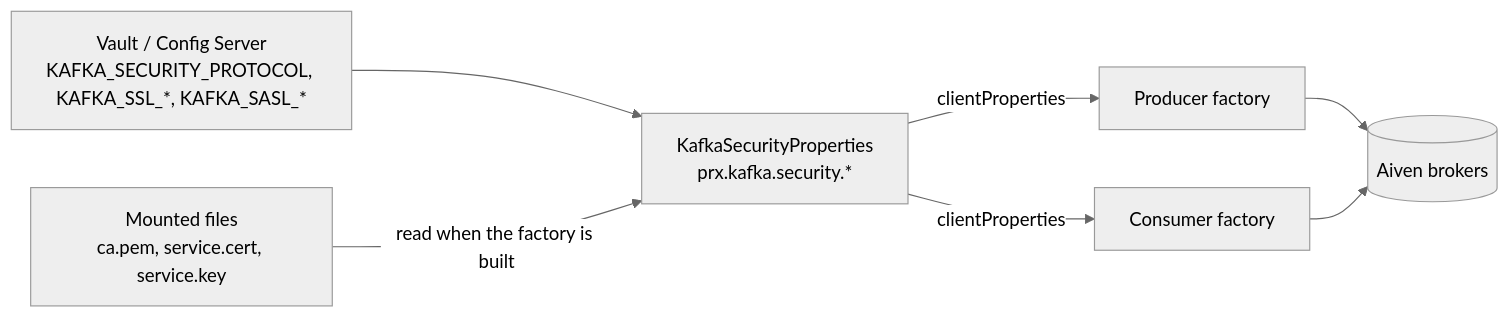
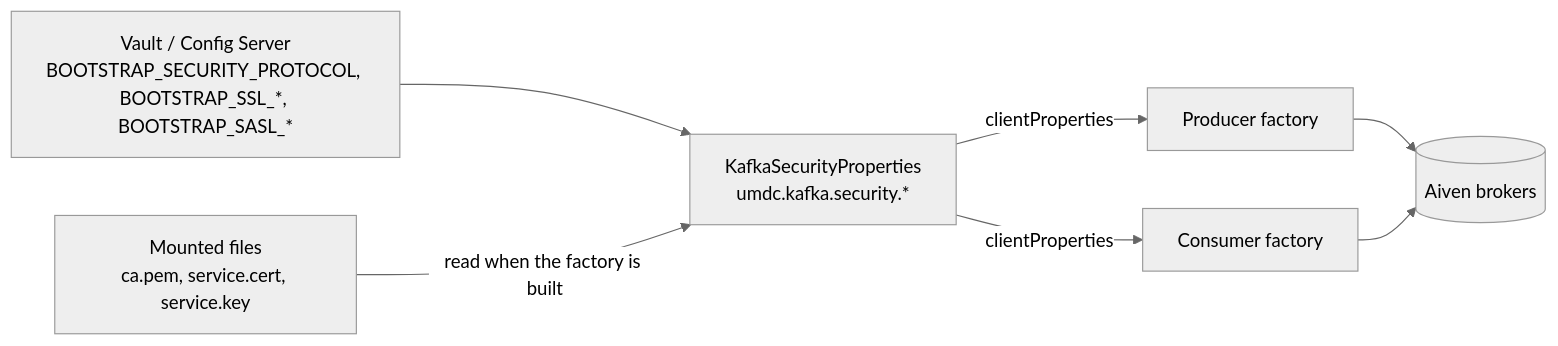
The fifth of 20 diagrams in docs/TECHNICAL_GUIDE.md (um-dev-creative/smartkin-backend), drawn with Mermaid (neutral theme) before and after one commit. The commit also changed other lines of this file and 35 other files, not shown here.

First line of the commit message:
Config: properties move from prx.* to umdc.*; Kafka variables are BOOTSTRAP_*

````diff
--- a/docs/TECHNICAL_GUIDE.md
+++ b/docs/TECHNICAL_GUIDE.md
@@ -227,9 +249,9 @@
 ```mermaid
 flowchart LR
-    V["Vault / Config Server<br/>KAFKA_SECURITY_PROTOCOL, KAFKA_SSL_*, KAFKA_SASL_*"] --> P["KafkaSecurityProperties<br/>prx.kafka.security.*"]
+    V["Vault / Config Server<br/>BOOTSTRAP_SECURITY_PROTOCOL, BOOTSTRAP_SSL_*, BOOTSTRAP_SASL_*"] --> P["KafkaSecurityProperties<br/>umdc.kafka.security.*"]
     F["Mounted files<br/>ca.pem, service.cert, service.key"] -->|read when the factory is built| P
     P -->|clientProperties| PF[Producer factory]
     P -->|clientProperties| CF[Consumer factory]
     PF --> B[(Aiven brokers)]
     CF --> B
 ```
````
